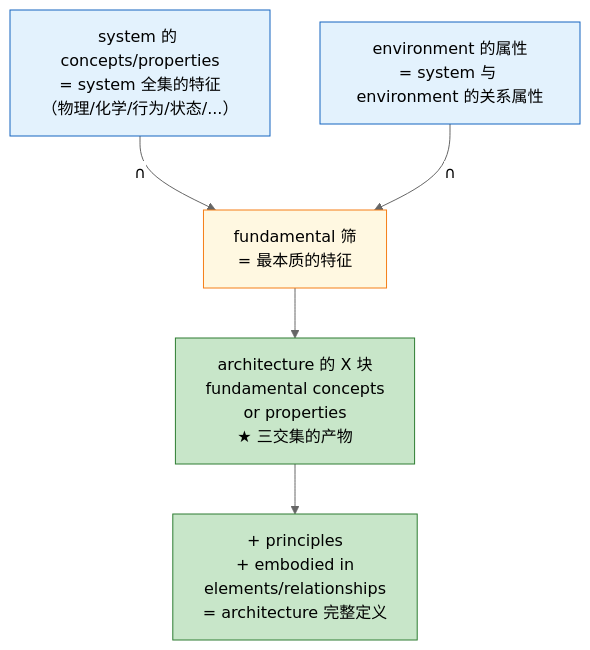
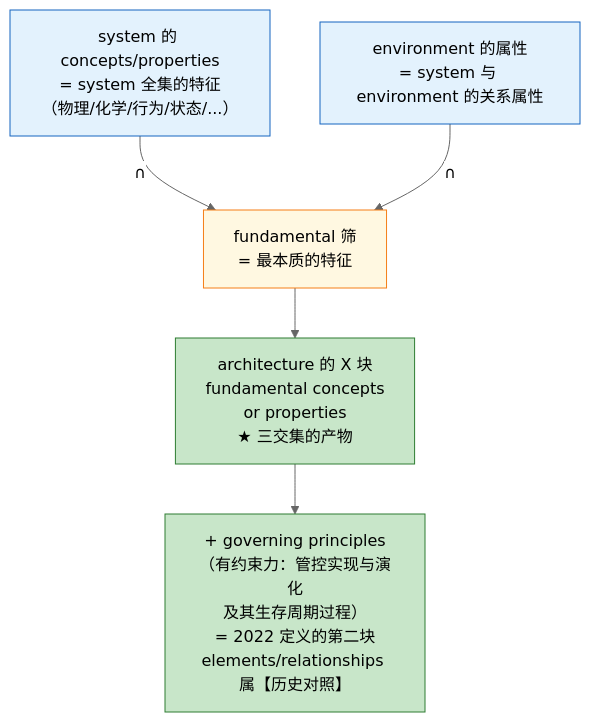
Diagram 14 of 17 in 100-subprojects/01-系统工程研究/00-系统工程相关研究报告/22-架构、概念、属性研究报告—术语权威定义与对照分析.md (Yongjunzhou/AOS-system-design), drawn with Mermaid (neutral theme) before and after one commit. The commit also changed other lines of this file and 38 other files, not shown here.

````diff
--- a/100-subprojects/01-系统工程研究/00-系统工程相关研究报告/22-架构、概念、属性研究报告—术语权威定义与对照分析.md
+++ b/100-subprojects/01-系统工程研究/00-系统工程相关研究报告/22-架构、概念、属性研究报告—术语权威定义与对照分析.md
@@ -1112,22 +1203,22 @@
 ```mermaid
 flowchart TB
     S["system 的 concepts/properties<br/>= system 全集的特征<br/>（物理/化学/行为/状态/...）"]
     E["environment 的属性<br/>= system 与 environment 的关系属性"]
     F["fundamental 筛<br/>= 最本质的特征"]
 
     S -->|∩| F
     E -->|∩| F
 
     A["architecture 的 X 块<br/>fundamental concepts<br/>or properties<br/>★ 三交集的产物"]
-    PRINC["+ principles<br/>+ embodied in<br/>   elements/relationships<br/>= architecture 完整定义"]
+    PRINC["+ governing principles<br/>（有约束力：管控实现与演化<br/>及其生存周期过程）<br/>= 2022 定义的第二块<br/>elements/relationships 属【历史对照】"]
 
     F --> A
     A --> PRINC
 
     classDef in fill:#e3f2fd,stroke:#1565c0
     classDef filter fill:#fff8e1,stroke:#f57f17
     classDef out fill:#c8e6c9,stroke:#2e7d32
     class S,E in
     class F filter
     class A,PRINC out
 ```
````
